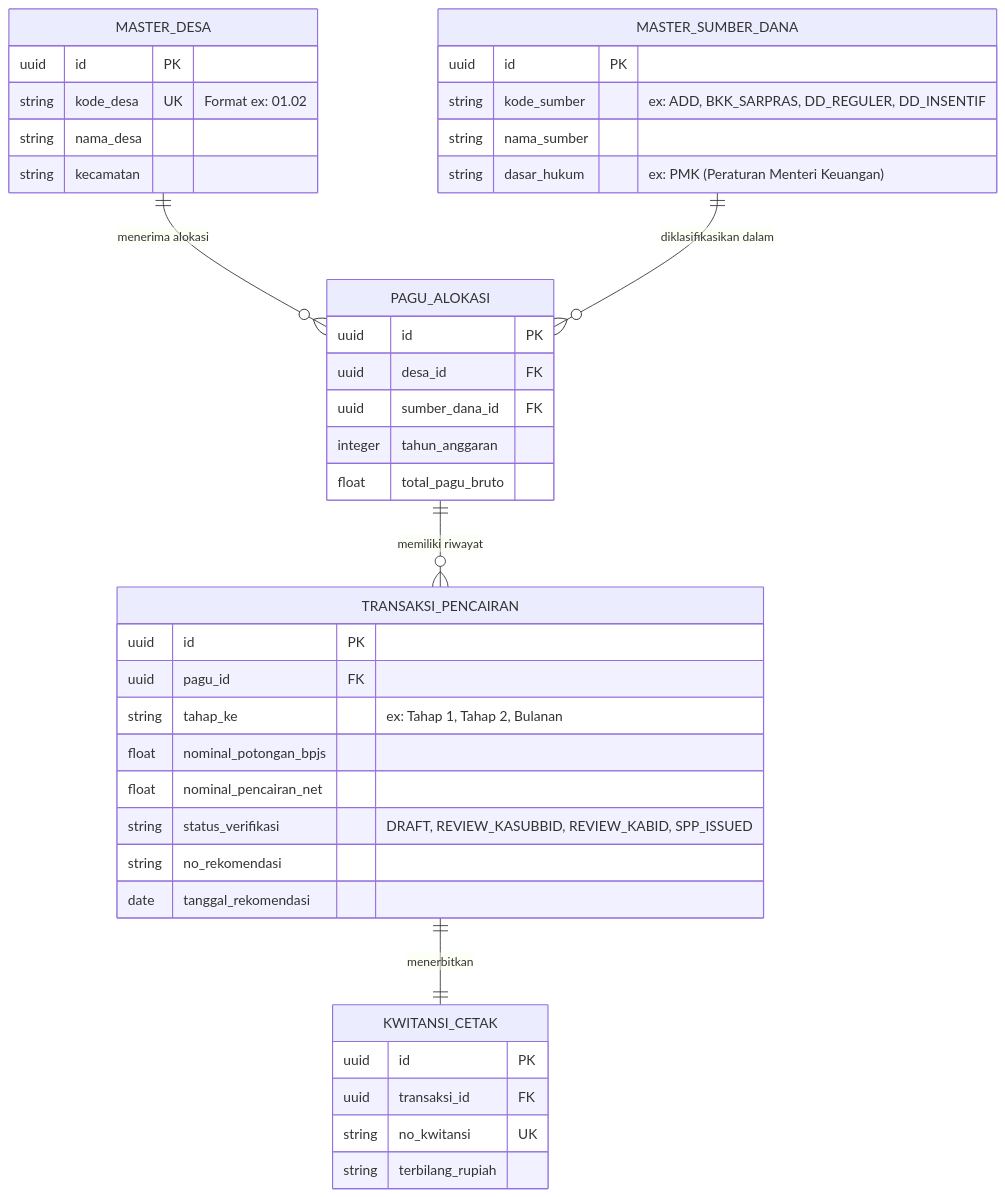
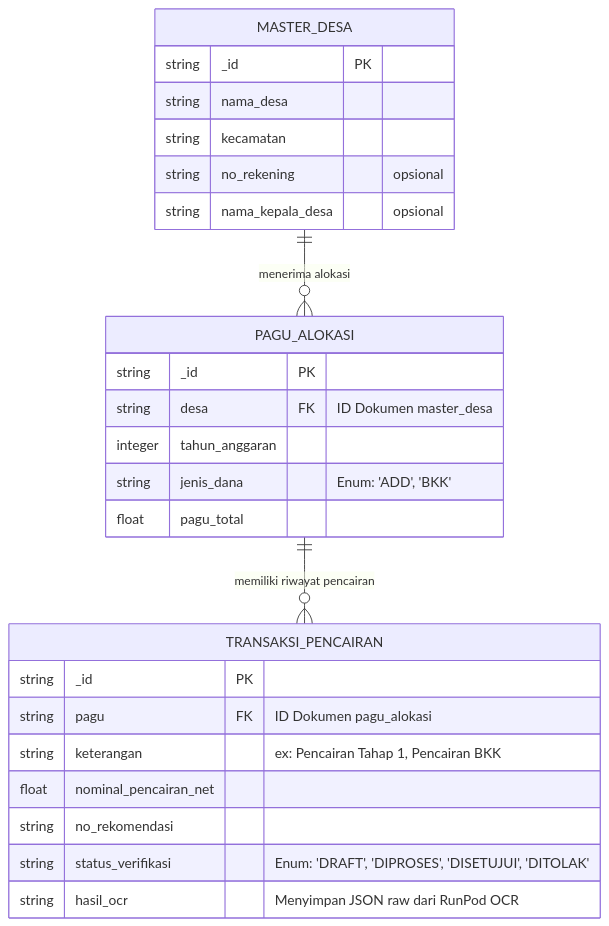
One commit to asepsafrudin/SIP-DADES-BAKEUDA changed the diagram in docs/schemas/unified_database_schema.md. Above: the diagram before and after it, drawn with Mermaid. The commit also changed other lines of this file, not shown here.

Commit message:
docs: Rewrite schema to reflect Appwrite NoSQL document structure

````diff
--- a/docs/schemas/unified_database_schema.md
+++ b/docs/schemas/unified_database_schema.md
@@ -7,47 +7,31 @@
 ```mermaid
 erDiagram
     MASTER_DESA {
-        uuid id PK
-        string kode_desa UK "Format ex: 01.02"
+        string _id PK
         string nama_desa
         string kecamatan
-    }
-    
-    MASTER_SUMBER_DANA {
-        uuid id PK
-        string kode_sumber "ex: ADD, BKK_SARPRAS, DD_REGULER, DD_INSENTIF"
-        string nama_sumber
-        string dasar_hukum "ex: PMK (Peraturan Menteri Keuangan)"
+        string no_rekening "opsional"
+        string nama_kepala_desa "opsional"
     }
     
     PAGU_ALOKASI {
-        uuid id PK
-        uuid desa_id FK
-        uuid sumber_dana_id FK
+        string _id PK
+        string desa FK "ID Dokumen master_desa"
         integer tahun_anggaran
-        float total_pagu_bruto
+        string jenis_dana "Enum: 'ADD', 'BKK'"
+        float pagu_total
     }
     
     TRANSAKSI_PENCAIRAN {
-        uuid id PK
-        uuid pagu_id FK
-        string tahap_ke "ex: Tahap 1, Tahap 2, Bulanan"
-        float nominal_potongan_bpjs
+        string _id PK
+        string pagu FK "ID Dokumen pagu_alokasi"
+        string keterangan "ex: Pencairan Tahap 1, Pencairan BKK"
         float nominal_pencairan_net
-        string status_verifikasi "DRAFT, REVIEW_KASUBBID, REVIEW_KABID, SPP_ISSUED"
         string no_rekomendasi
-        date tanggal_rekomendasi
-    }
-    
-    KWITANSI_CETAK {
-        uuid id PK
-        uuid transaksi_id FK
-        string no_kwitansi UK
-        string terbilang_rupiah
+        string status_verifikasi "Enum: 'DRAFT', 'DIPROSES', 'DISETUJUI', 'DITOLAK'"
+        string hasil_ocr "Menyimpan JSON raw dari RunPod OCR"
     }
 
     MASTER_DESA ||--o{ PAGU_ALOKASI : "menerima alokasi"
-    MASTER_SUMBER_DANA ||--o{ PAGU_ALOKASI : "diklasifikasikan dalam"
-    PAGU_ALOKASI ||--o{ TRANSAKSI_PENCAIRAN : "memiliki riwayat"
-    TRANSAKSI_PENCAIRAN ||--|| KWITANSI_CETAK : "menerbitkan"
+    PAGU_ALOKASI ||--o{ TRANSAKSI_PENCAIRAN : "memiliki riwayat pencairan"
 ```
````
